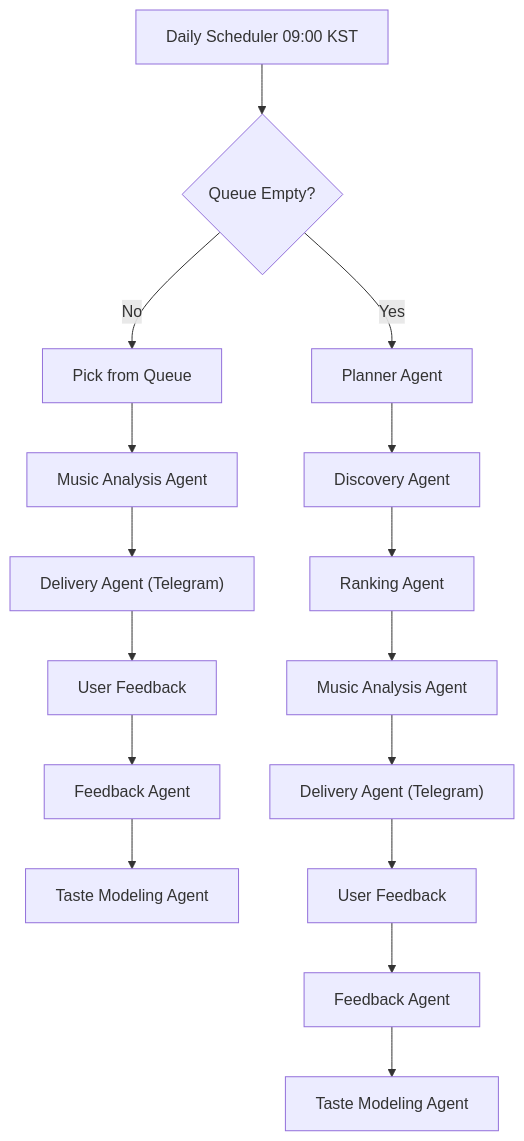
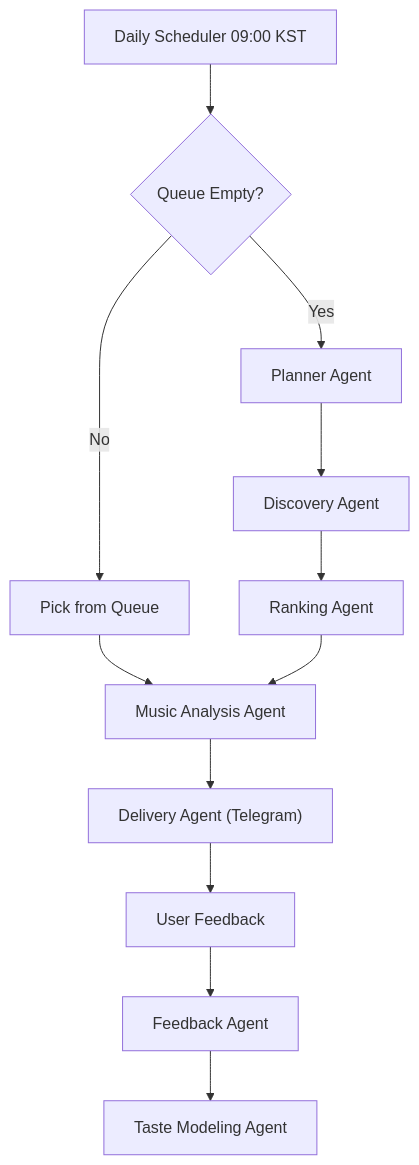
One commit to sisihae/dailydig changed the diagram in README.md. Above: the diagram before and after it, drawn with Mermaid.

Commit message:
docs: improve mermaid diagram in README

````diff
--- a/README.md
+++ b/README.md
@@ -22,18 +22,14 @@
 ```mermaid
 flowchart TD
     Scheduler["Daily Scheduler 09:00 KST"] --> CheckQueue{"Queue Empty?"}
     CheckQueue -- No --> PickFromQueue["Pick from Queue"]
-    PickFromQueue --> AnalysisA["Music Analysis Agent"]
-    AnalysisA --> DeliveryA["Delivery Agent (Telegram)"]
-    DeliveryA --> FeedbackA["User Feedback"]
-    FeedbackA --> FeedbackAgentA["Feedback Agent"]
-    FeedbackAgentA --> TasteModelA["Taste Modeling Agent"]
+    PickFromQueue --> Analysis["Music Analysis Agent"]
+    Analysis --> Delivery["Delivery Agent (Telegram)"]
+    Delivery --> Feedback["User Feedback"]
+    Feedback --> FeedbackAgent["Feedback Agent"]
+    FeedbackAgent --> TasteModel["Taste Modeling Agent"]
     CheckQueue -- Yes --> Planner["Planner Agent"]
     Planner --> Discovery["Discovery Agent"]
     Discovery --> Ranking["Ranking Agent"]
-    Ranking --> AnalysisB["Music Analysis Agent"]
-    AnalysisB --> DeliveryB["Delivery Agent (Telegram)"]
-    DeliveryB --> FeedbackB["User Feedback"]
-    FeedbackB --> FeedbackAgentB["Feedback Agent"]
-    FeedbackAgentB --> TasteModelB["Taste Modeling Agent"]
+    Ranking --> Analysis["Music Analysis Agent"]
 ```
````
